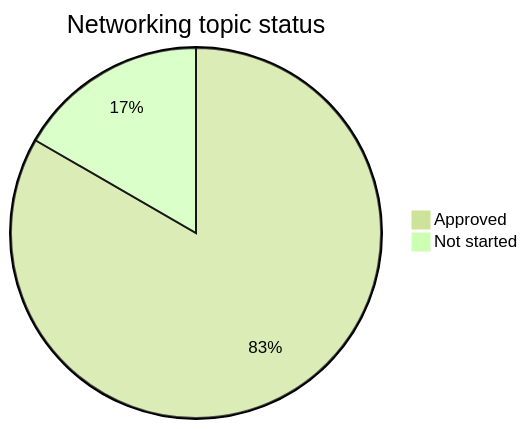
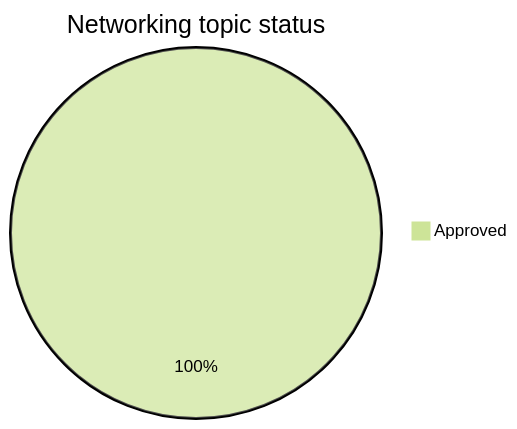
Before and after one commit to Zakoroo/computer_networks: the first of 9 diagrams in PROGRESS.md, drawn with Mermaid (forest theme). The commit also changed other lines of this file and 30 other files, not shown here.

````diff
--- a/PROGRESS.md
+++ b/PROGRESS.md
@@ -17,5 +17,4 @@
 ```mermaid
 pie title Networking topic status
-    "Approved" : 5
-    "Not started" : 1
+    "Approved" : 6
 ```
````
